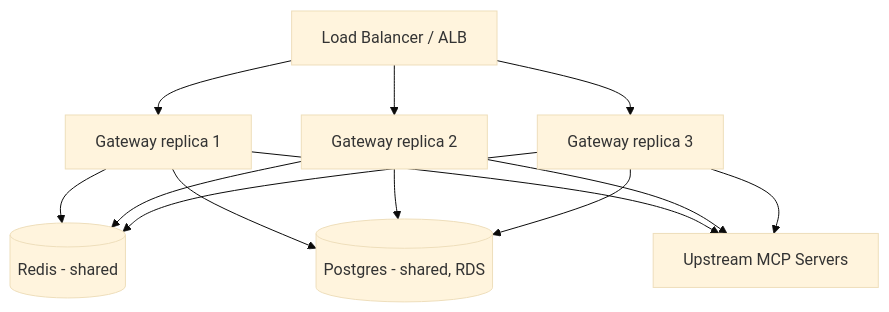
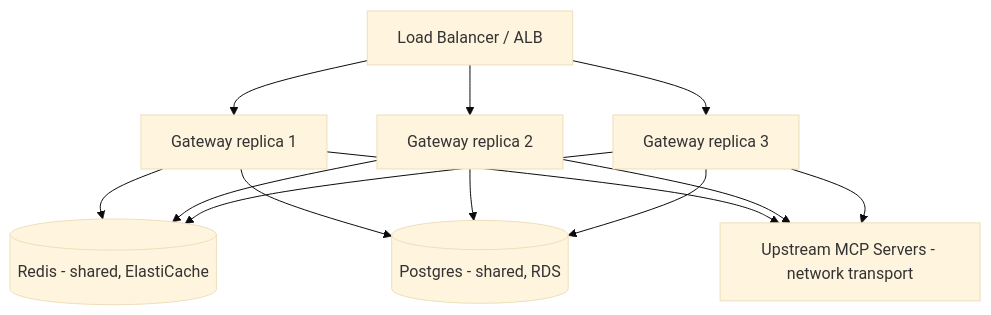
Before and after one commit to BashaarJavaid/SecureMCP: the fourth of 5 diagrams in ARCHITECTURE.md, drawn with Mermaid (base theme). The commit also changed other lines of this file and 4 other files, not shown here.

First line of the commit message:
Update architecture documentation to reflect recent changes and enhancements

````diff
--- a/ARCHITECTURE.md
+++ b/ARCHITECTURE.md
@@ -135,15 +191,15 @@
 ```mermaid
 graph TD
     LB[Load Balancer / ALB] --> G1[Gateway replica 1]
     LB --> G2[Gateway replica 2]
     LB --> G3[Gateway replica 3]
-    G1 --> RedisC[(Redis - shared)]
+    G1 --> RedisC[(Redis - shared, ElastiCache)]
     G2 --> RedisC
     G3 --> RedisC
     G1 --> PG[(Postgres - shared, RDS)]
     G2 --> PG
     G3 --> PG
-    G1 --> Servers[Upstream MCP Servers]
+    G1 --> Servers[Upstream MCP Servers - network transport]
     G2 --> Servers
     G3 --> Servers
 ```
````
